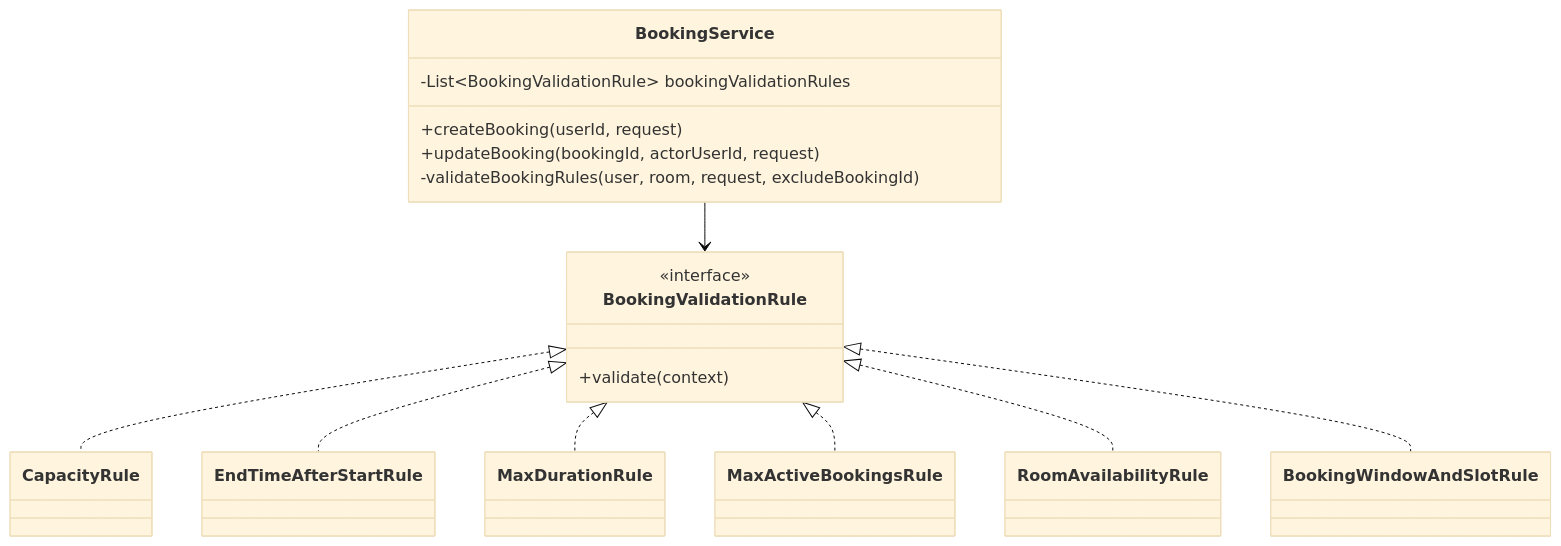
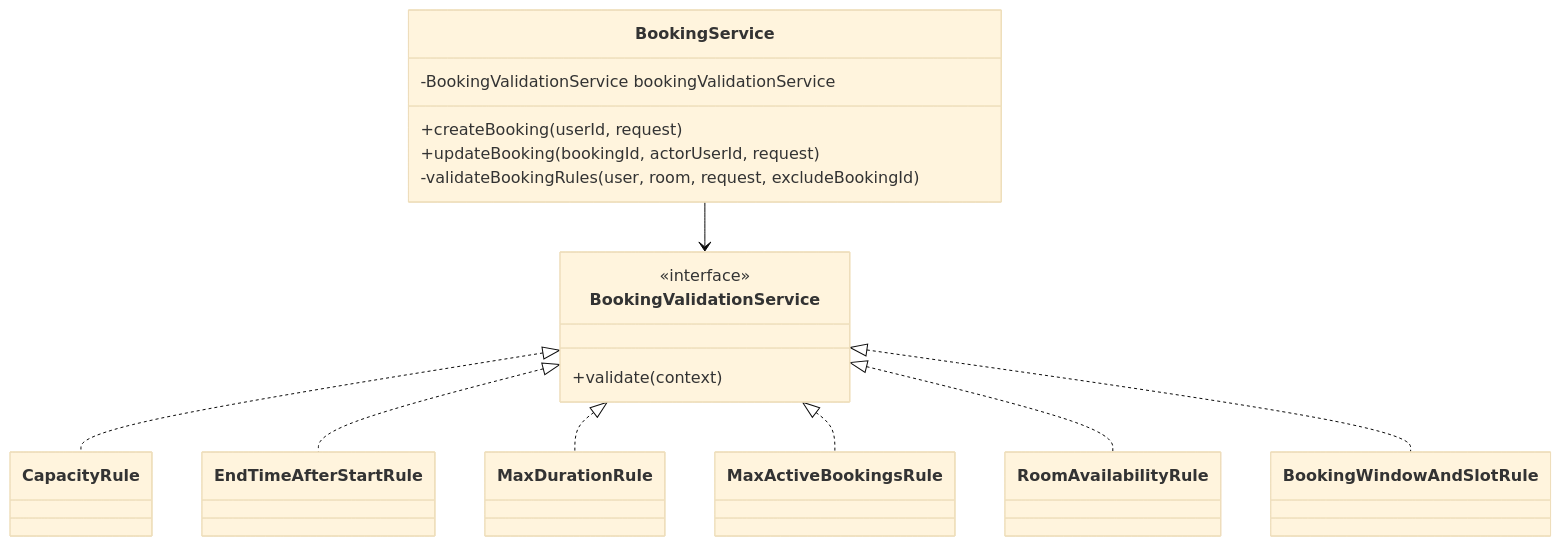
The fourth of 16 diagrams in docs/trabajo/arquitectura-diseno-software.md (DasBrot0/Luistudio), drawn with Mermaid (base theme) before and after one commit. The commit also changed other lines of this file and 46 other files, not shown here.

````diff
--- a/docs/trabajo/arquitectura-diseno-software.md
+++ b/docs/trabajo/arquitectura-diseno-software.md
@@ -220,29 +220,29 @@
 ```mermaid
 classDiagram
     class BookingService {
-        -List~BookingValidationRule~ bookingValidationRules
+        -BookingValidationService bookingValidationService
         +createBooking(userId, request)
         +updateBooking(bookingId, actorUserId, request)
         -validateBookingRules(user, room, request, excludeBookingId)
     }
 
-    class BookingValidationRule {
+    class BookingValidationService {
         <<interface>>
         +validate(context)
     }
 
     class CapacityRule
     class EndTimeAfterStartRule
     class MaxDurationRule
     class MaxActiveBookingsRule
     class RoomAvailabilityRule
     class BookingWindowAndSlotRule
 
-    BookingService --> BookingValidationRule
-    BookingValidationRule <|.. CapacityRule
-    BookingValidationRule <|.. EndTimeAfterStartRule
-    BookingValidationRule <|.. MaxDurationRule
-    BookingValidationRule <|.. MaxActiveBookingsRule
-    BookingValidationRule <|.. RoomAvailabilityRule
-    BookingValidationRule <|.. BookingWindowAndSlotRule
+    BookingService --> BookingValidationService
+    BookingValidationService <|.. CapacityRule
+    BookingValidationService <|.. EndTimeAfterStartRule
+    BookingValidationService <|.. MaxDurationRule
+    BookingValidationService <|.. MaxActiveBookingsRule
+    BookingValidationService <|.. RoomAvailabilityRule
+    BookingValidationService <|.. BookingWindowAndSlotRule
 ```
````
